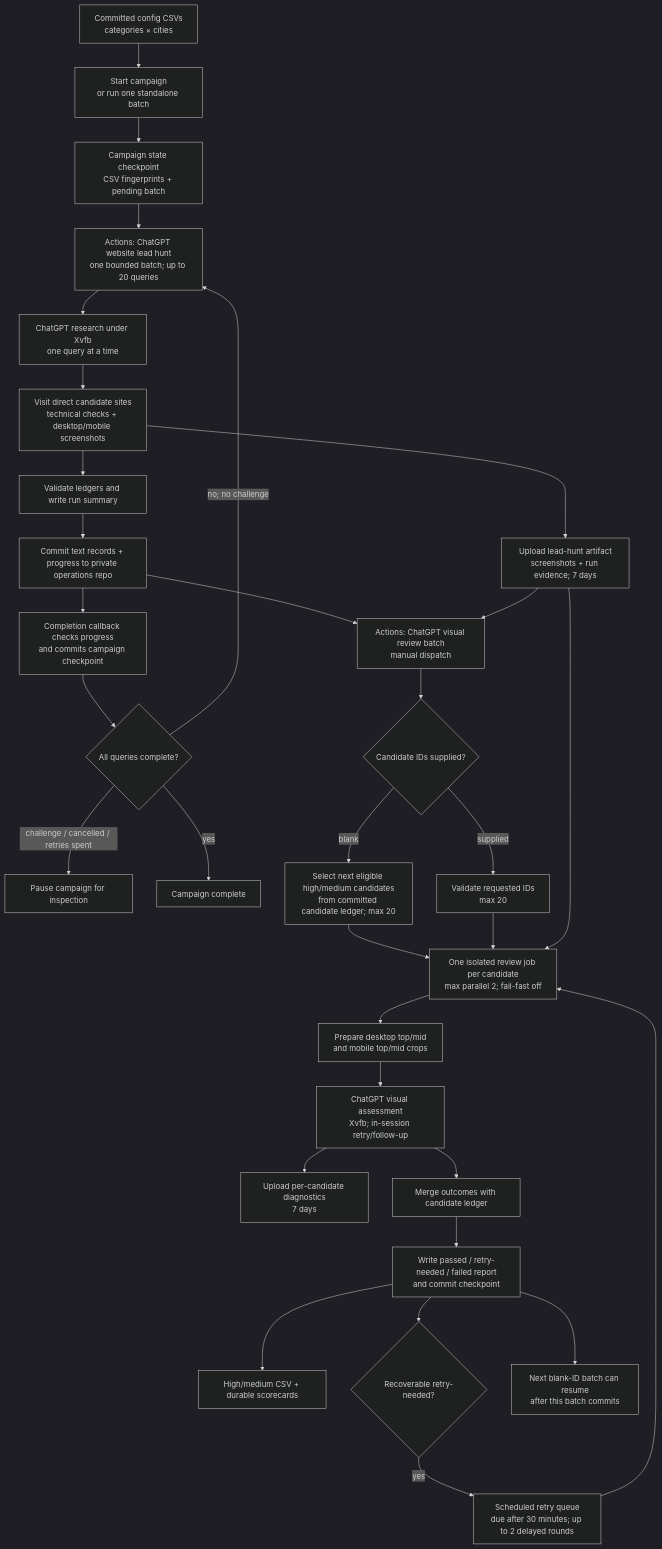
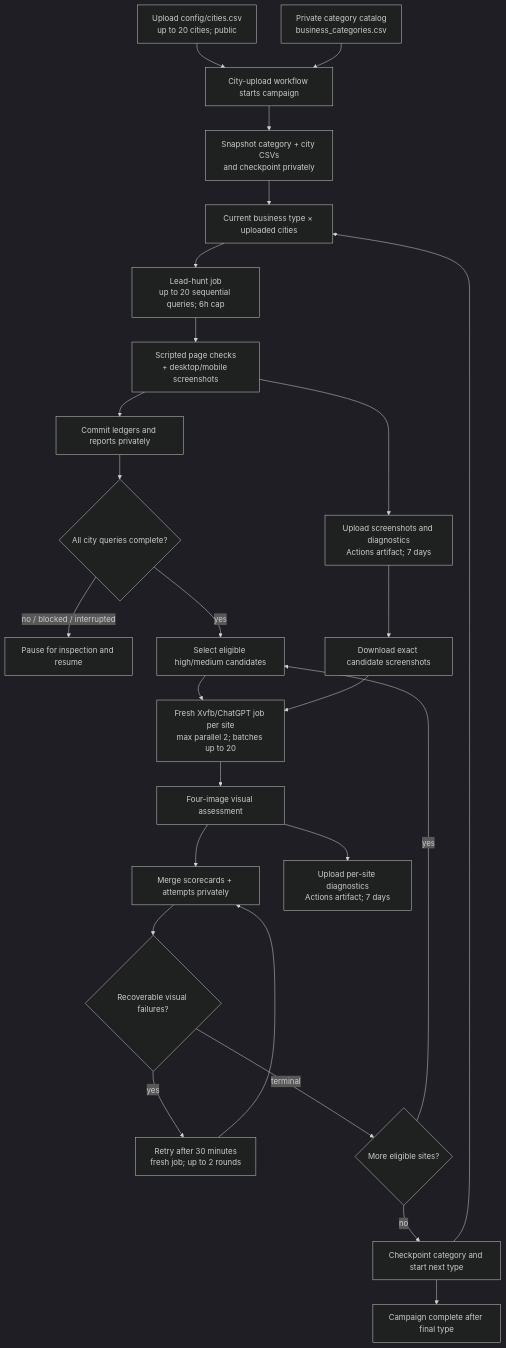
One commit to hometownredesignsites/website-lead-hunting changed the diagram in README.md. Above: the diagram before and after it, drawn with Mermaid (dark theme). The commit also changed other lines of this file and 9 other files, not shown here.

Commit message:
Orchestrate city campaigns through visual review

````diff
--- a/README.md
+++ b/README.md
@@ -32,34 +32,28 @@
 ```mermaid
 flowchart TD
-    A[Committed config CSVs<br/>categories × cities] --> B[Start campaign<br/>or run one standalone batch]
-    B --> C[Campaign state checkpoint<br/>CSV fingerprints + pending batch]
-    C --> D[Actions: ChatGPT website lead hunt<br/>one bounded batch; up to 20 queries]
-    D --> E[ChatGPT research under Xvfb<br/>one query at a time]
-    E --> F[Visit direct candidate sites<br/>technical checks + desktop/mobile screenshots]
-    F --> G[Validate ledgers and write run summary]
-    G --> H[Commit text records + progress to private operations repo]
-    F --> I[Upload lead-hunt artifact<br/>screenshots + run evidence; 7 days]
-    H --> J[Completion callback checks progress<br/>and commits campaign checkpoint]
-    J --> K{All queries complete?}
-    K -- no; no challenge --> D
-    K -- challenge / cancelled / retries spent --> L[Pause campaign for inspection]
-    K -- yes --> M[Campaign complete]
-    H --> N[Actions: ChatGPT visual review batch<br/>manual dispatch]
-    I --> N
-    N --> O{Candidate IDs supplied?}
-    O -- blank --> P[Select next eligible high/medium candidates<br/>from committed candidate ledger; max 20]
-    O -- supplied --> Q[Validate requested IDs<br/>max 20]
-    P --> R[One isolated review job per candidate<br/>max parallel 2; fail-fast off]
-    Q --> R
-    I --> R
-    R --> S[Prepare desktop top/mid<br/>and mobile top/mid crops]
-    S --> T[ChatGPT visual assessment<br/>Xvfb; in-session retry/follow-up]
-    T --> U[Upload per-candidate diagnostics<br/>7 days]
-    T --> V[Merge outcomes with candidate ledger]
-    V --> W[Write passed / retry-needed / failed report<br/>and commit checkpoint]
-    W --> X[High/medium CSV + durable scorecards]
-    W --> Y{Recoverable retry-needed?}
-    Y -- yes --> Z[Scheduled retry queue<br/>due after 30 minutes; up to 2 delayed rounds]
-    Z --> R
-    W --> AA[Next blank-ID batch can resume<br/>after this batch commits]
+    A[Upload config/cities.csv<br/>up to 20 cities; public] --> B[City-upload workflow starts campaign]
+    C[Private category catalog<br/>business_categories.csv] --> B
+    B --> D[Snapshot category + city CSVs<br/>and checkpoint privately]
+    D --> E[Current business type × uploaded cities]
+    E --> F[Lead-hunt job<br/>up to 20 sequential queries; 6h cap]
+    F --> G[Scripted page checks<br/>+ desktop/mobile screenshots]
+    G --> H[Commit ledgers and reports privately]
+    G --> I[Upload screenshots and diagnostics<br/>Actions artifact; 7 days]
+    H --> J{All city queries complete?}
+    J -- no / blocked / interrupted --> K[Pause for inspection and resume]
+    J -- yes --> L[Select eligible high/medium candidates]
+    I --> M[Download exact candidate screenshots]
+    L --> N[Fresh Xvfb/ChatGPT job per site<br/>max parallel 2; batches up to 20]
+    M --> N
+    N --> O[Four-image visual assessment]
+    O --> P[Merge scorecards + attempts privately]
+    O --> Q[Upload per-site diagnostics<br/>Actions artifact; 7 days]
+    P --> R{Recoverable visual failures?}
+    R -- yes --> S[Retry after 30 minutes<br/>fresh job; up to 2 rounds]
+    S --> P
+    R -- terminal --> T{More eligible sites?}
+    T -- yes --> L
+    T -- no --> U[Checkpoint category and start next type]
+    U --> E
+    U --> V[Campaign complete after final type]
 ```
````
